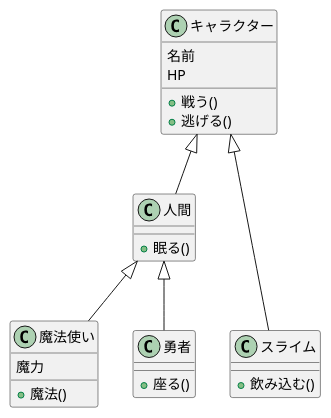
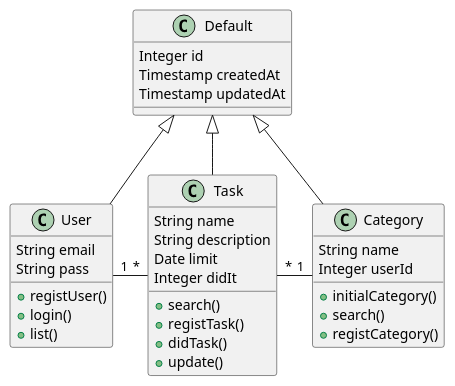
The diagram in docs/Test.puml (a191409/java_semi), drawn with PlantUML before and after one commit.

Commit message:
クラス図を作成

```diff
--- a/docs/Test.puml
+++ b/docs/Test.puml
@@ -1,29 +1,47 @@
 @startuml
 
-class キャラクター{
-名前
-HP
-+戦う()
-+逃げる()
-}
-class 人間{
-+眠る()
-}
-class 魔法使い{
-魔力
-+魔法()
-}
-class 勇者{
-+座る()
-}
-class スライム{
-+飲み込む()
+class Default {
+    Integer id
+    Timestamp createdAt
+    Timestamp updatedAt
 }
 
-キャラクター <|-- 人間
-キャラクター <|--- スライム
+class User {
+    String email
+    String pass
 
-人間 <|-- 勇者
-人間 <|-- 魔法使い
+    + registUser()
+    + login()
+    + list()
+}
+
+class Task {
+    String name
+    String description
+    Date limit
+    Integer didIt
+
+    + search()
+    + registTask()
+    + didTask()
+    + update()
+}
+
+class Category {
+    String name
+    Integer userId
+
+    + initialCategory()
+    + search()
+    + registCategory()
+}
+
+Default <|-- User
+Default <|-- Task
+Default <|-- Category
+
+User "1"-"*" Task
+Task "*"-"1" Category
+
 
 @enduml
```
